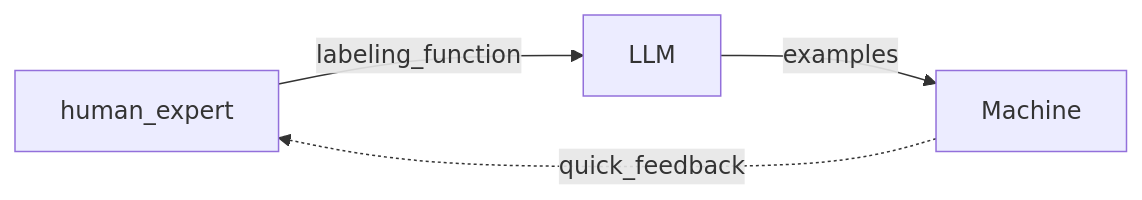
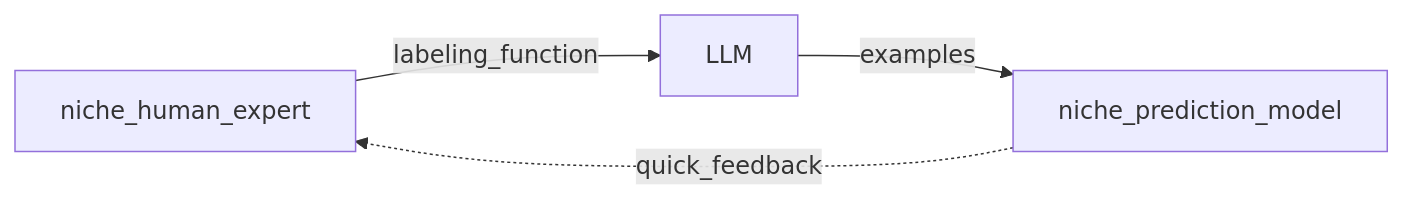
The second of 2 diagrams in tune_foundational_models/README.md (borisdev/research), drawn with Mermaid before and after one commit. The commit also changed other lines of this file, not shown here.

Commit message:
fine tune diagram

````diff
--- a/tune_foundational_models/README.md
+++ b/tune_foundational_models/README.md
@@ -26,5 +28,5 @@
 ```mermaid
 flowchart LR
-    human_expert-- labeling_function --> LLM-- examples -->Machine
-    Machine-. quick_feedback .-> human_expert
+    niche_human_expert-- labeling_function --> LLM-- examples -->niche_prediction_model
+    niche_prediction_model-. quick_feedback .-> niche_human_expert
 ```
````
